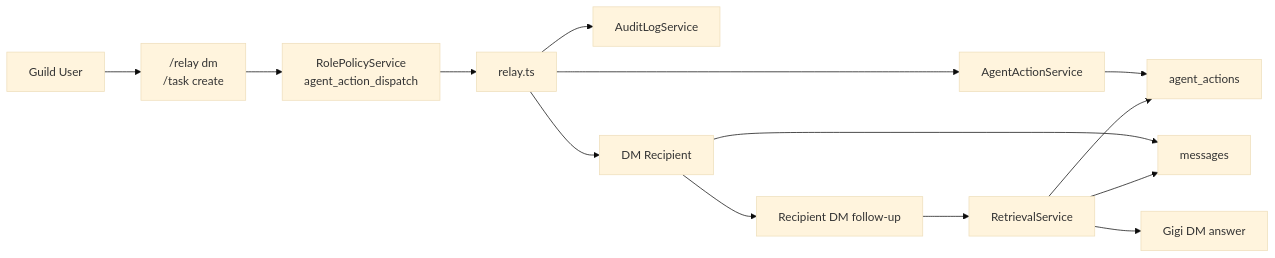
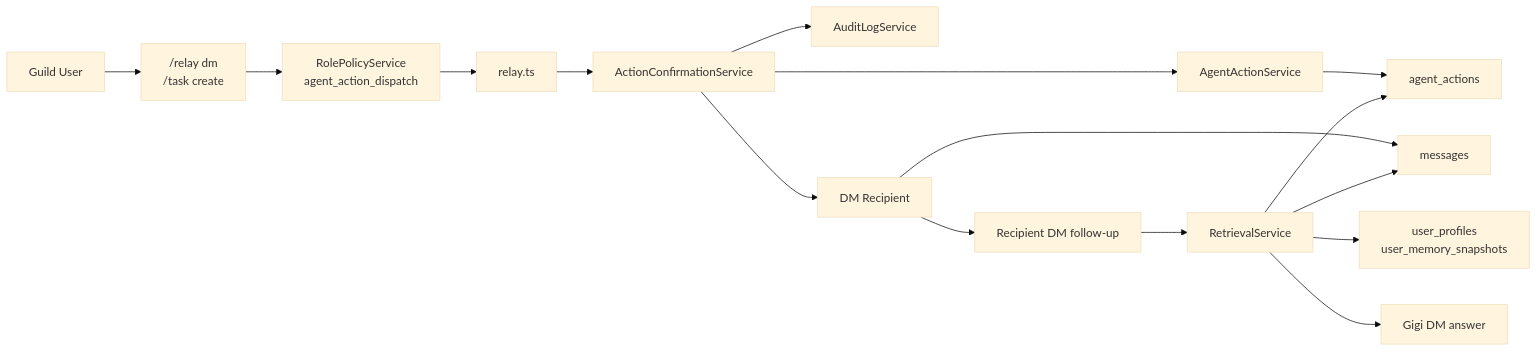
Before and after one commit to gOps132/GigiDC: the diagram in docs/diagrams/shared-identity-flow.md, drawn with Mermaid (base theme). The commit also changed other lines of this file and 36 other files, not shown here.

````diff
--- a/docs/diagrams/shared-identity-flow.md
+++ b/docs/diagrams/shared-identity-flow.md
@@ -5,29 +5,33 @@
 ```mermaid
 flowchart LR
   Requester["Guild User"]
   Command["/relay dm<br/>/task create"]
   Policy["RolePolicyService<br/>agent_action_dispatch"]
   Relay["relay.ts"]
+  Confirm["ActionConfirmationService"]
   Actions["AgentActionService"]
   ActionTable["agent_actions"]
+  Profiles["user_profiles<br/>user_memory_snapshots"]
   Audit["AuditLogService"]
   Recipient["DM Recipient"]
   DMHistory["messages"]
   DmQuestion["Recipient DM follow-up"]
   Retrieval["RetrievalService"]
   Response["Gigi DM answer"]
 
   Requester --> Command
   Command --> Policy
   Policy --> Relay
-  Relay --> Actions
+  Relay --> Confirm
+  Confirm --> Actions
   Actions --> ActionTable
-  Relay --> Audit
-  Relay --> Recipient
+  Confirm --> Audit
+  Confirm --> Recipient
   Recipient --> DMHistory
   Recipient --> DmQuestion
   DmQuestion --> Retrieval
   Retrieval --> ActionTable
   Retrieval --> DMHistory
+  Retrieval --> Profiles
   Retrieval --> Response
 ```
````
